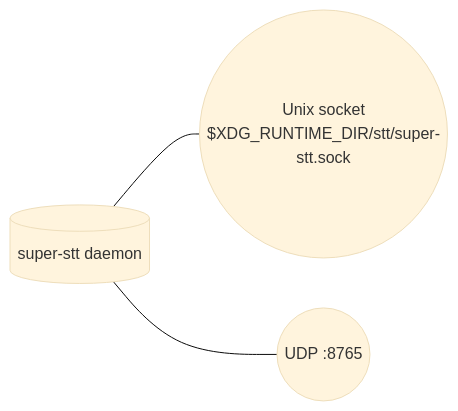
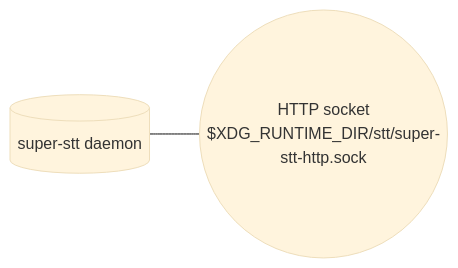
Before and after one commit to haydonryan/super-stt: the first of 3 diagrams in docs/current-state.md, drawn with Mermaid (base theme). The commit also changed other lines of this file and 68 other files, not shown here.

````diff
--- a/docs/current-state.md
+++ b/docs/current-state.md
@@ -13,9 +34,7 @@
 ```mermaid
 flowchart LR
     daemon[(super-stt daemon)]
-    sock(("Unix socket<br/>$XDG_RUNTIME_DIR/stt/super-stt.sock"))
-    udp(("UDP :8765"))
+    http(("HTTP socket<br/>$XDG_RUNTIME_DIR/stt/super-stt-http.sock"))
 
-    daemon --- sock
-    daemon --- udp
+    daemon --- http
 ```
````
